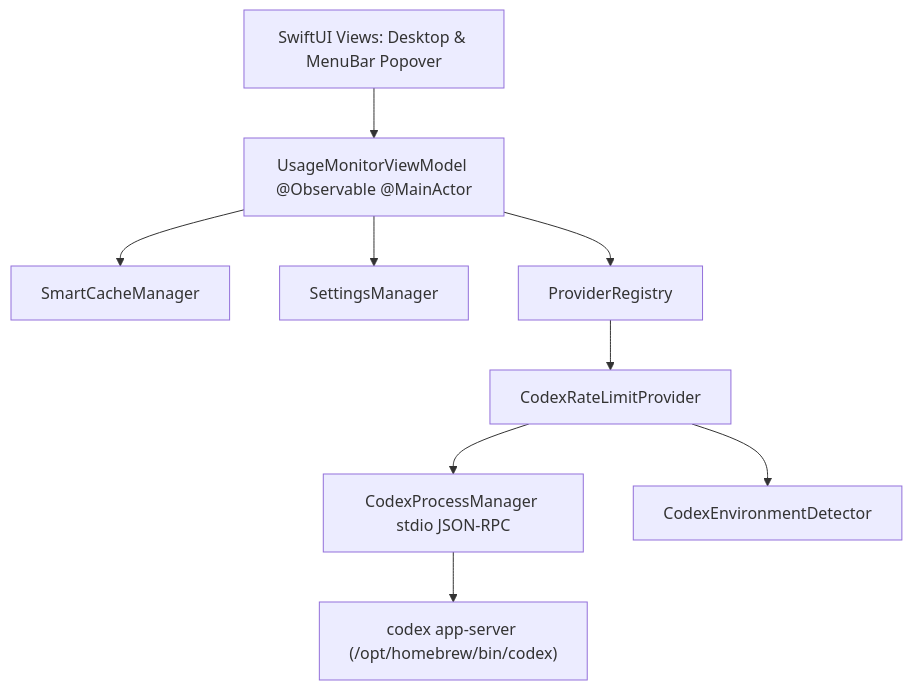
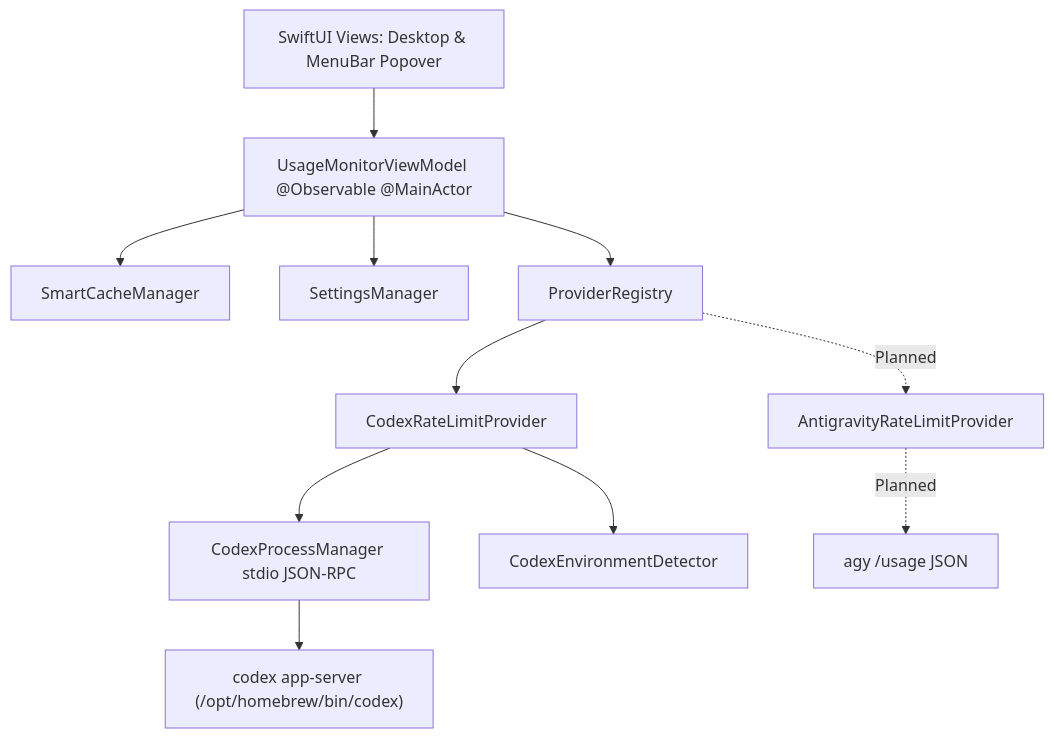
One commit to yuhaw0715/AgentMeter changed the diagram in handoff.md. Above: the diagram before and after it, drawn with Mermaid. The commit also changed other lines of this file and 11 other files, not shown here.

````diff
--- a/handoff.md
+++ b/handoff.md
@@ -20,11 +31,13 @@
 ```mermaid
 graph TD
     UI[SwiftUI Views: Desktop & MenuBar Popover] --> VM[UsageMonitorViewModel @Observable @MainActor]
     VM --> Cache[SmartCacheManager]
     VM --> Settings[SettingsManager]
     VM --> ProviderRegistry[ProviderRegistry]
     ProviderRegistry --> CodexProvider[CodexRateLimitProvider]
+    ProviderRegistry -. Planned .-> AntigravityProvider[AntigravityRateLimitProvider]
     CodexProvider --> ProcessMgr[CodexProcessManager stdio JSON-RPC]
     CodexProvider --> EnvDetector[CodexEnvironmentDetector]
+    AntigravityProvider -. Planned .-> AgyCLI["agy /usage JSON"]
     ProcessMgr --> HostCLI["codex app-server (/opt/homebrew/bin/codex)"]
 ```
````
